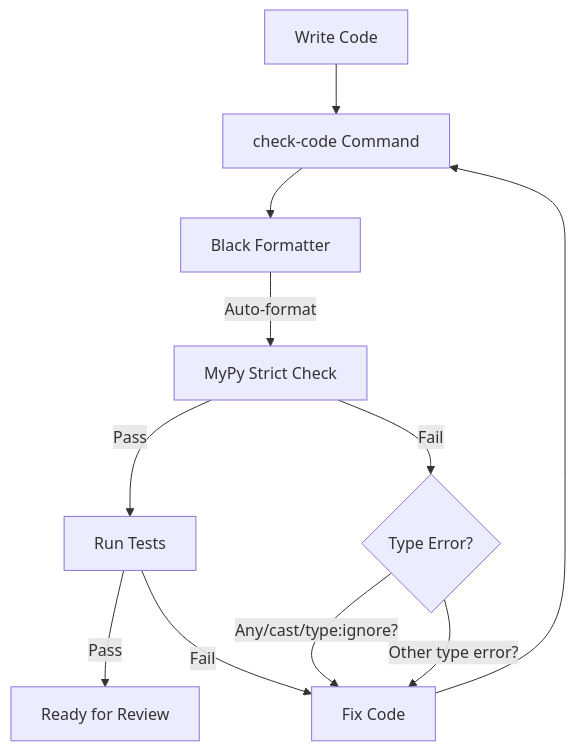
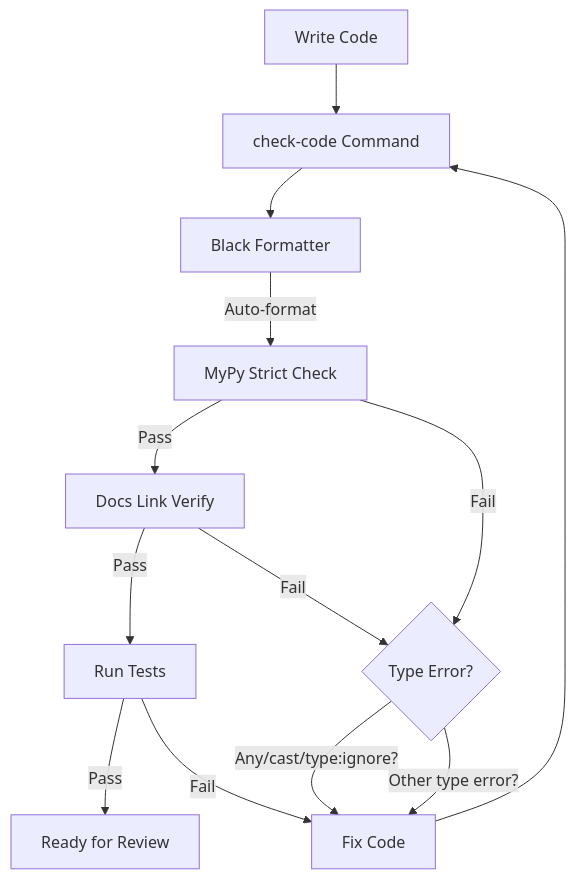
Before and after one commit to Tuee22/effectful: the second of 7 diagrams in documents/engineering/type_safety_enforcement.md, drawn with Mermaid. The commit also changed other lines of this file and 58 other files, not shown here.

````diff
--- a/documents/engineering/type_safety_enforcement.md
+++ b/documents/engineering/type_safety_enforcement.md
@@ -37,22 +64,25 @@
 ```mermaid
 flowchart TB
     Code[Write Code]
     CheckCode[check-code Command]
     Black[Black Formatter]
     MyPy[MyPy Strict Check]
+    Links[Docs Link Verify]
     Errors{Type Error?}
     Fix[Fix Code]
     Pytest[Run Tests]
     Success[Ready for Review]
 
     Code --> CheckCode
     CheckCode --> Black
     Black -->|Auto-format| MyPy
-    MyPy -->|Pass| Pytest
+    MyPy -->|Pass| Links
+    Links -->|Pass| Pytest
     MyPy -->|Fail| Errors
+    Links -->|Fail| Errors
     Errors -->|Any/cast/type:ignore?| Fix
     Errors -->|Other type error?| Fix
     Fix --> CheckCode
     Pytest -->|Pass| Success
     Pytest -->|Fail| Fix
 ```
````
